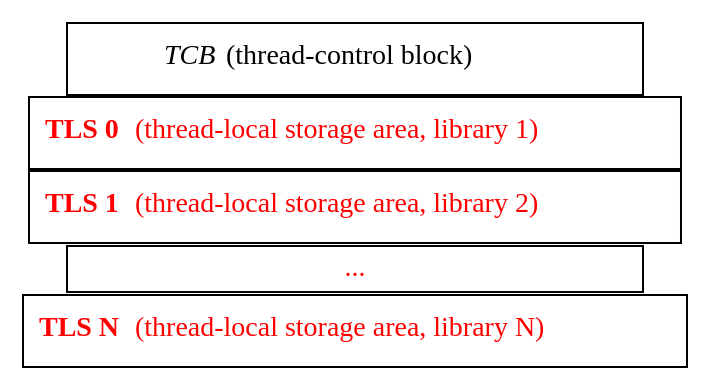
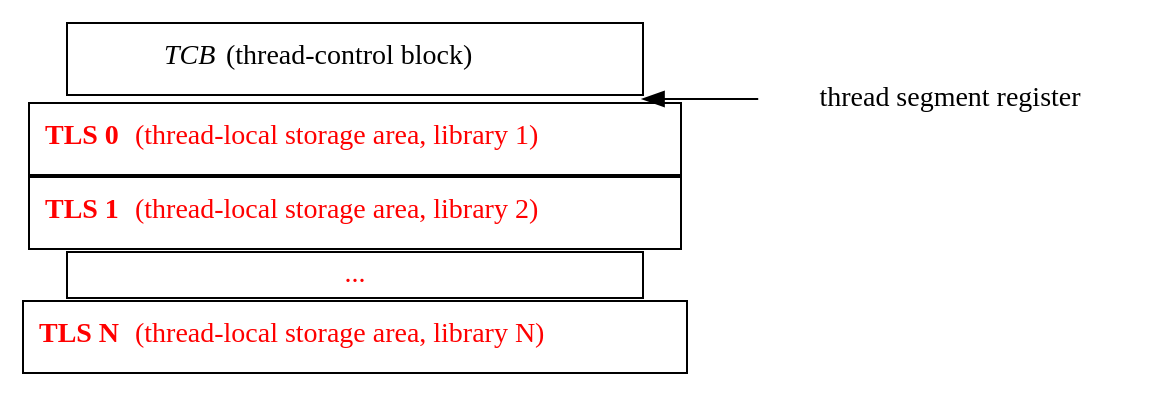
Before and after one commit to solb/thesis: the diagram in figs/procimg_perthd.dot, drawn with Graphviz. The commit also changed 1 other file, not shown here.

Commit message:
figs: Add base address pointers to the process image diagrams

```diff
--- a/figs/procimg_perthd.dot
+++ b/figs/procimg_perthd.dot
@@ -1,12 +1,16 @@
-strict graph {
+strict digraph {
 	nodesep=0;
 	rankdir=LR;
 	node [shape=box];
 	node [width=4];
 
 	tlsn [label=<<b>TLS N</b> (thread-local storage area, library N)>, fontcolor=red];
 	tls [label="...", fontcolor=red, height=0.25];
 	tls2 [label=<<b>TLS 1</b> (thread-local storage area, library 2)>, fontcolor=red];
 	tls1 [label=<<b>TLS 0</b> (thread-local storage area, library 1)>, fontcolor=red];
+	zero [shape=none, height=0, label=""];
 	tcb [label=<<i>TCB</i> (thread-control block)>];
+
+	0 [shape=none, width=default, label="thread segment register"];
+	zero -> 0 [dir=back];
 }
```
